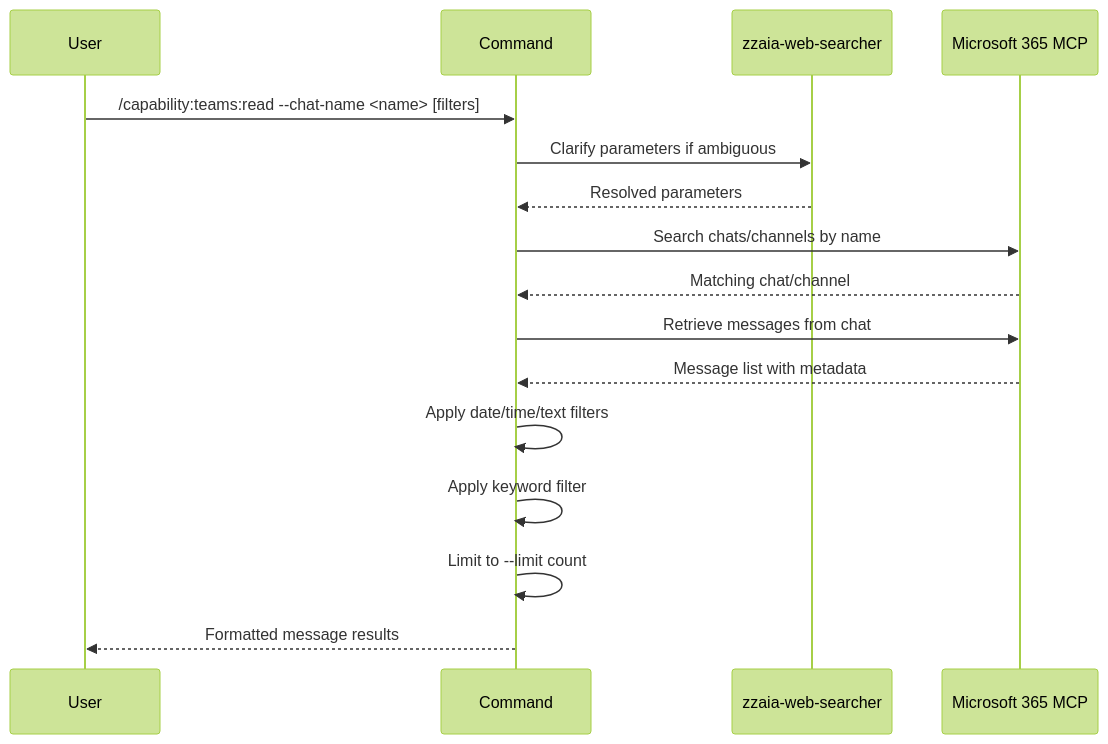
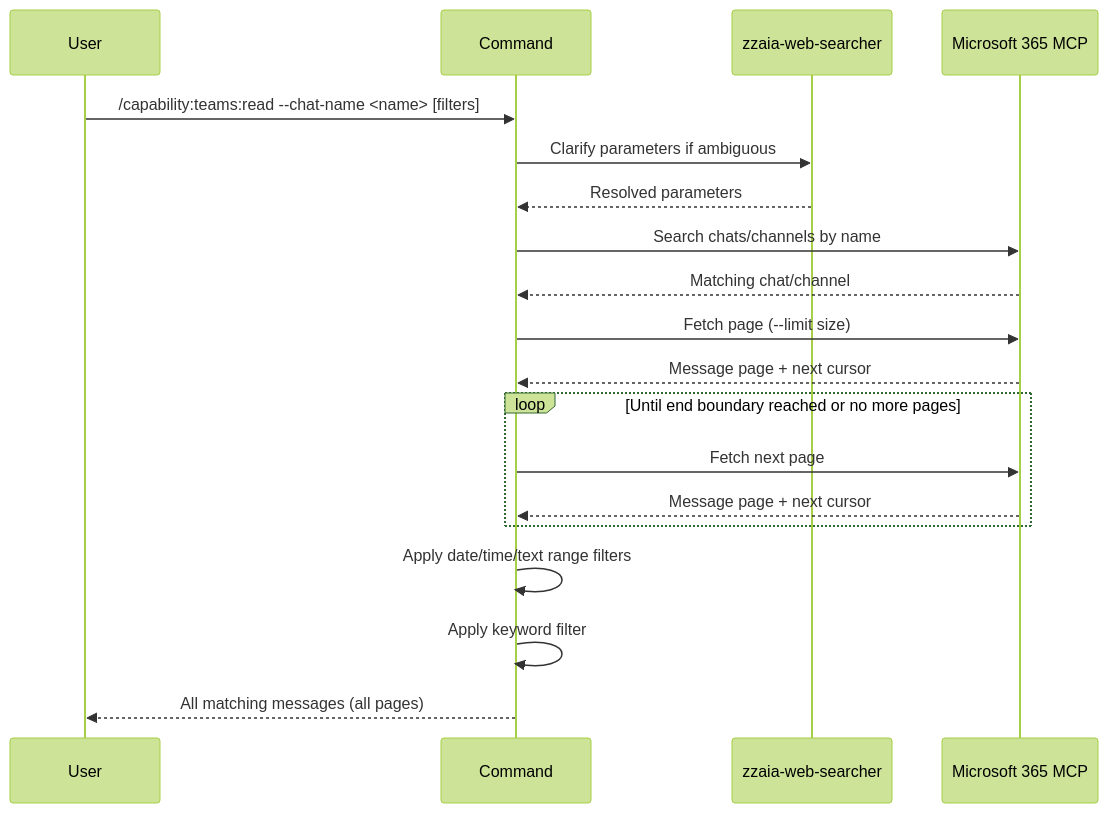
One commit to zzaia/zzaia-agentic-workspace changed the diagram in .claude/commands/capability/teams/read/SKILL.md. Above: the diagram before and after it, drawn with Mermaid (forest theme). The commit also changed other lines of this file, not shown here.

````diff
--- a/.claude/commands/capability/teams/read/SKILL.md
+++ b/.claude/commands/capability/teams/read/SKILL.md
@@ -73,19 +75,22 @@
 ```mermaid
 sequenceDiagram
     participant U as User
     participant C as Command
     participant A as zzaia-web-searcher
     participant M as Microsoft 365 MCP
 
     U->>C: /capability:teams:read --chat-name <name> [filters]
     C->>A: Clarify parameters if ambiguous
     A-->>C: Resolved parameters
     C->>M: Search chats/channels by name
     M-->>C: Matching chat/channel
-    C->>M: Retrieve messages from chat
-    M-->>C: Message list with metadata
-    C->>C: Apply date/time/text filters
+    C->>M: Fetch page (--limit size)
+    M-->>C: Message page + next cursor
+    loop Until end boundary reached or no more pages
+        C->>M: Fetch next page
+        M-->>C: Message page + next cursor
+    end
+    C->>C: Apply date/time/text range filters
     C->>C: Apply keyword filter
-    C->>C: Limit to --limit count
-    C-->>U: Formatted message results
+    C-->>U: All matching messages (all pages)
 ```
````
